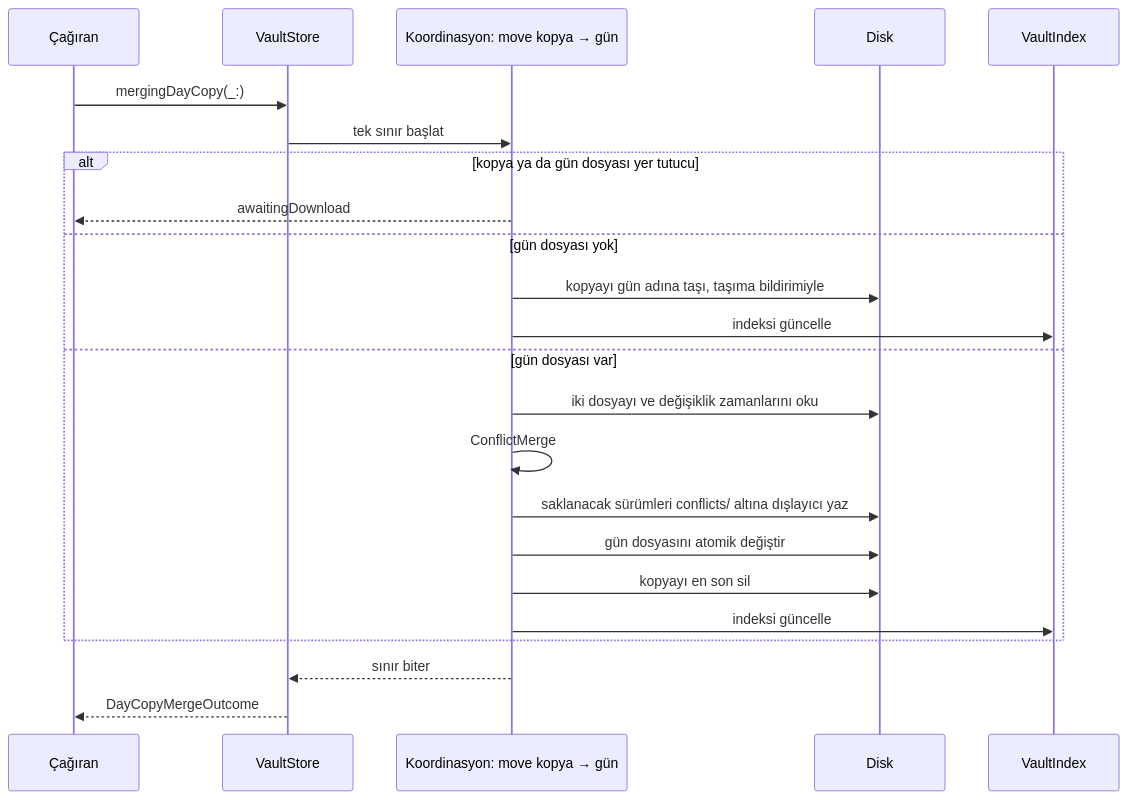
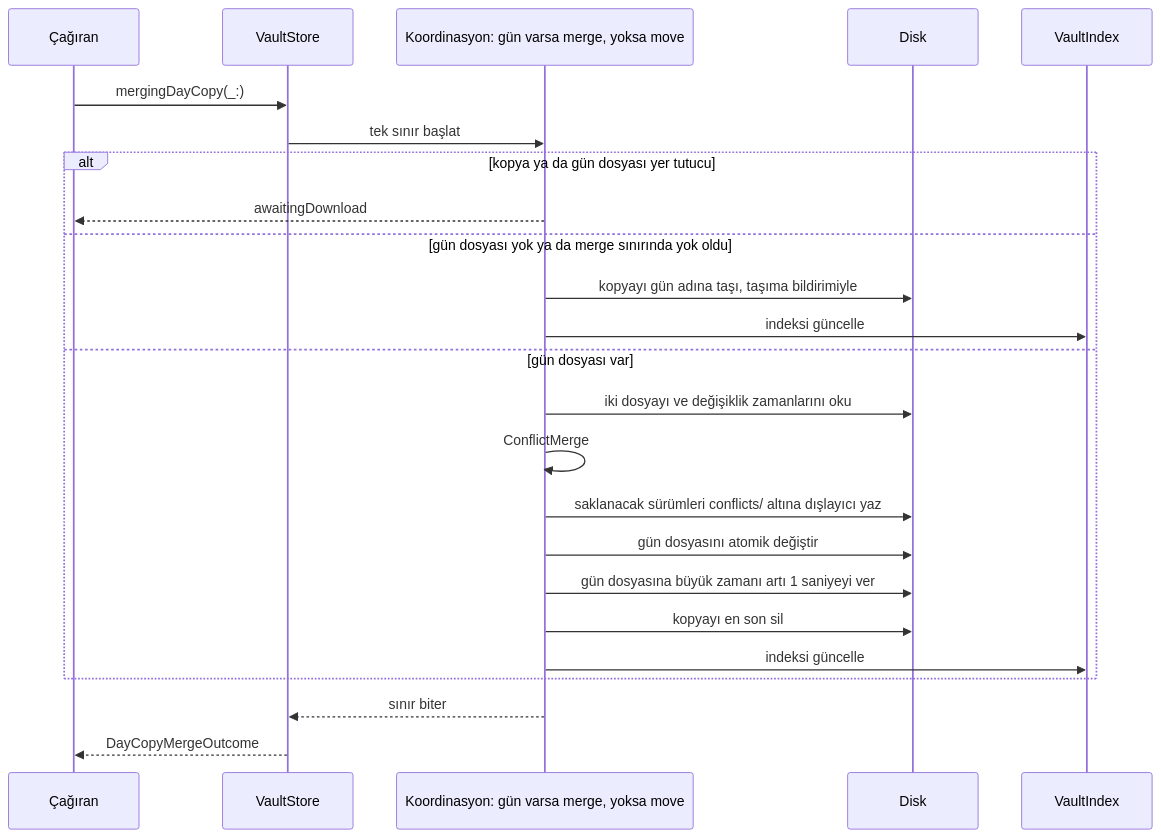
Before and after one commit to dogancanyildiz/kenet: diagram 17 of 17 in docs/architecture.md, drawn with Mermaid. The commit also changed other lines of this file and 19 other files, not shown here.

Commit message:
feat: birleşmiş gün dosyasının zamanı max+1 sn; gün kopyası birleştirmesi .merge niyetiyle koordine edilir (#238)

````diff
--- a/docs/architecture.md
+++ b/docs/architecture.md
@@ -917,25 +920,26 @@
 ```mermaid
 sequenceDiagram
   participant A as Çağıran
   participant V as VaultStore
-  participant C as Koordinasyon: move kopya → gün
+  participant C as Koordinasyon: gün varsa merge, yoksa move
   participant D as Disk
   participant I as VaultIndex
   A->>V: mergingDayCopy(_:)
   V->>C: tek sınır başlat
   alt kopya ya da gün dosyası yer tutucu
     C-->>A: awaitingDownload
-  else gün dosyası yok
+  else gün dosyası yok ya da merge sınırında yok oldu
     C->>D: kopyayı gün adına taşı, taşıma bildirimiyle
     C->>I: indeksi güncelle
   else gün dosyası var
     C->>D: iki dosyayı ve değişiklik zamanlarını oku
     C->>C: ConflictMerge
     C->>D: saklanacak sürümleri conflicts/ altına dışlayıcı yaz
     C->>D: gün dosyasını atomik değiştir
+    C->>D: gün dosyasına büyük zamanı artı 1 saniyeyi ver
     C->>D: kopyayı en son sil
     C->>I: indeksi güncelle
   end
   C-->>V: sınır biter
   V-->>A: DayCopyMergeOutcome
 ```
````
